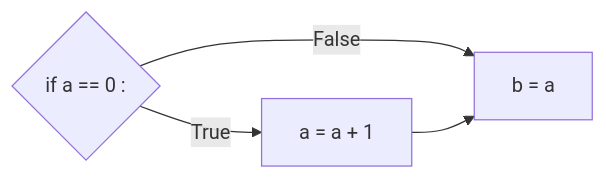
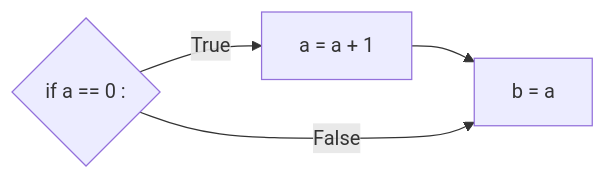
One commit to boddaert/nsi changed the second of 10 diagrams in première/Constructions élémentaires/Conditions.md. Above: the diagram before and after it, drawn with Mermaid. The commit also changed other lines of this file, not shown here.

````diff
--- a/première/Constructions élémentaires/Conditions.md
+++ b/première/Constructions élémentaires/Conditions.md
@@ -47,7 +47,7 @@
 ```mermaid
   graph LR;
       A{if a == 0 :};
       A--True-->B[a = a + 1];
+      B-->C[b = a];
       A--False-->C[b = a];
-      B-->C[b = a];
 ```
````
